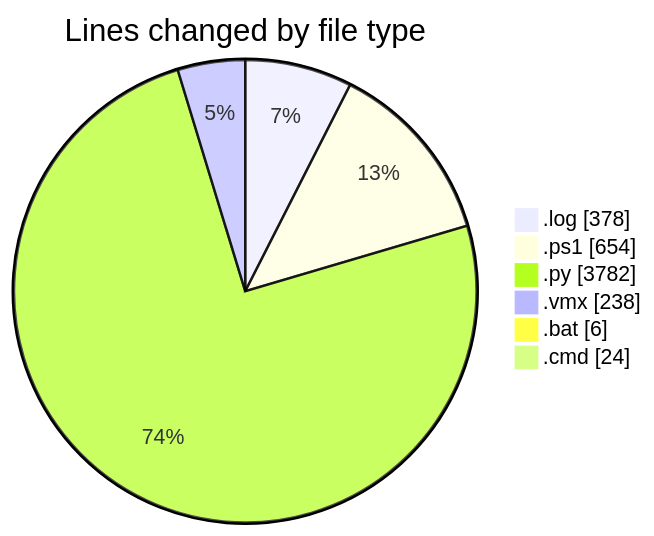
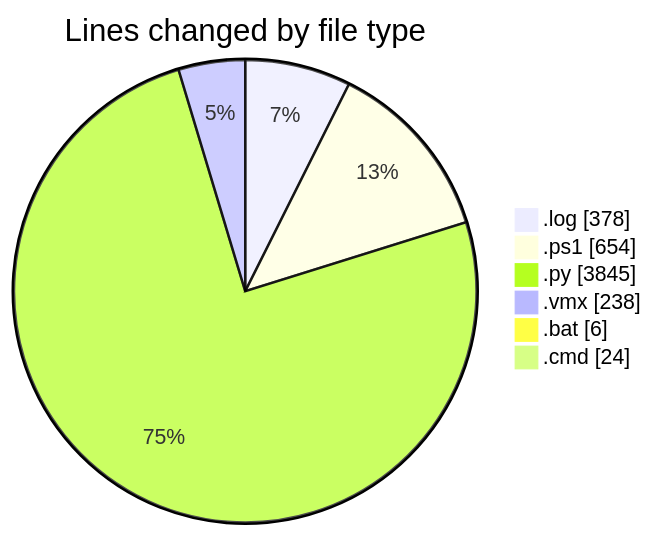
The first of 2 diagrams in 2026-07-08/twenty_versions_aminor/README.md (shibass792/code-tracking), drawn with Mermaid before and after one commit. The commit also changed other lines of this file and 1 other file, not shown here.

````diff
--- a/2026-07-08/twenty_versions_aminor/README.md
+++ b/2026-07-08/twenty_versions_aminor/README.md
@@ -41,10 +42,10 @@
 ```mermaid
 pie showData
 title Lines changed by file type
 ".log" : 378
 ".ps1" : 654
-".py" : 3782
+".py" : 3845
 ".vmx" : 238
 ".bat" : 6
 ".cmd" : 24
 ```
````
